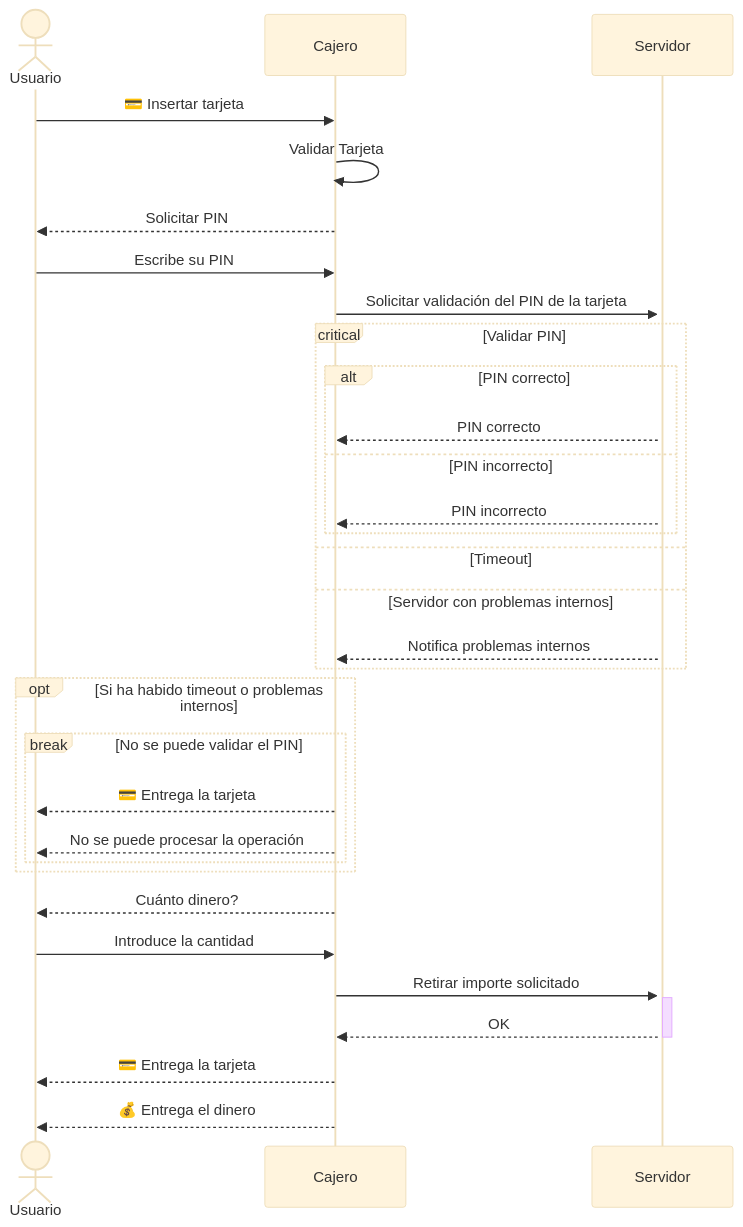
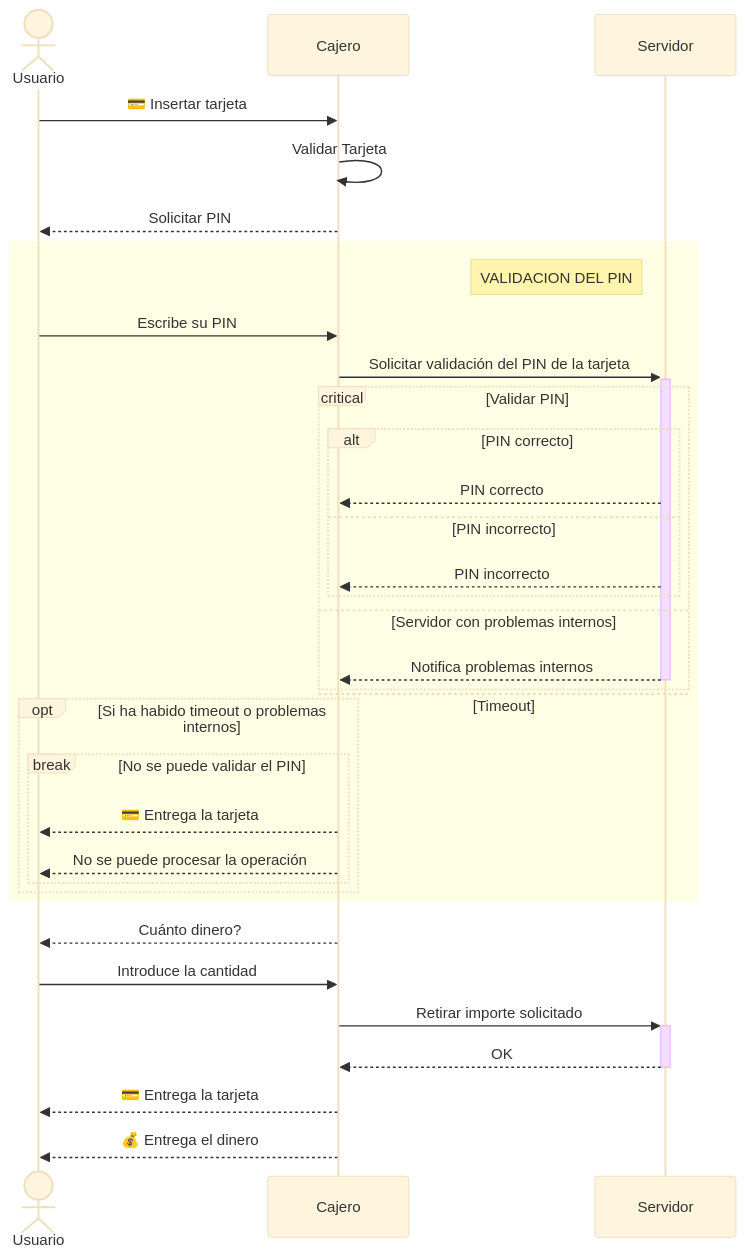
One commit to IvanciniGT/cursoUML changed the diagram in ejemplos/diagrama_cajero.md. Above: the diagram before and after it, drawn with Mermaid (base theme).

````diff
--- a/ejemplos/diagrama_cajero.md
+++ b/ejemplos/diagrama_cajero.md
@@ -8,55 +8,57 @@
 ```mermaid
 
 sequenceDiagram
 
     actor                   U as Usuario
     participant             C as Cajero
     participant             S as Servidor
 
     U->>C:                  💳 Insertar tarjeta
     C->>C:                  Validar Tarjeta
            %% TODO: TARJETA NO SE PUEDE LEER
     C-->>U:                 Solicitar PIN
            %% TODO: NO ESCRIBE EL PIN
 
-    U->>C:                  Escribe su PIN
-    C->>+S:                 Solicitar validación del PIN de la tarjeta
-    critical                Validar PIN
-        alt PIN correcto
-            S-->>C:         PIN correcto
-        else PIN incorrecto
-            S-->>C:         PIN incorrecto
+    rect rgb(255,255,230)
+        note left of S:         VALIDACION DEL PIN
+        U->>C:                  Escribe su PIN
+        C->>+S:                 Solicitar validación del PIN de la tarjeta
+        critical                Validar PIN
+            alt PIN correcto
+                S-->>C:         PIN correcto
+            else PIN incorrecto
+                S-->>C:         PIN incorrecto
+            end
+        option                  Servidor con problemas internos
+            S-->>-C:             Notifica problemas internos
+        option                  Timeout
         end
-    option                  Timeout
-    option                  Servidor con problemas internos
-        S-->>C:             Notifica problemas internos
-    end
 
-    opt                     Si ha habido timeout o problemas internos
-        break               No se puede validar el PIN
-            C-->>U:         💳 Entrega la tarjeta
-            C-->>U:         No se puede procesar la operación
+        opt                     Si ha habido timeout o problemas internos
+            break               No se puede validar el PIN
+                C-->>U:         💳 Entrega la tarjeta
+                C-->>U:         No se puede procesar la operación
+            end
         end
-    end
-           %% TODO: SERVIDOR NO DISPONIBLE
+    end 
 
     C-->>U:                 Cuánto dinero?
     U->>C:                  Introduce la cantidad
            %% TODO: CANTIDAD INCORRECTA
            %% TODO: NO INTRODUCE CANTIDAD
 
            %% TODO: ADICIONAL (CONFIRMACION DE LA CANTIDAD)
 
            %% TODO: MULTIPLO DE UNA CANTIDAD
            %% TODO: NO HAY DISPONIBLE EN EL CAJERO
 
     C->>+S:                 Retirar importe solicitado
            %% TODO: NO HAY DISPONIBLE EN LA CUENTA
     S-->>-C:                OK
            %% TODO: SERVIDOR NO DISPONIBLE
 
     C-->>U:                 💳 Entrega la tarjeta
     C-->>U:                 💰 Entrega el dinero
 
 
 ```
````
